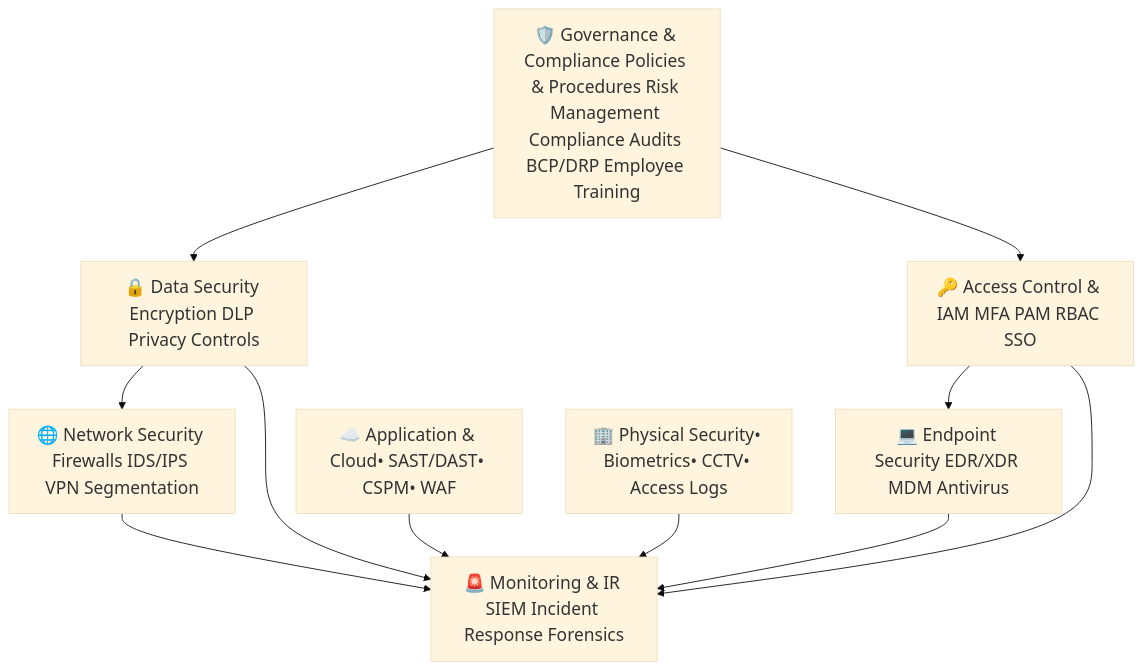
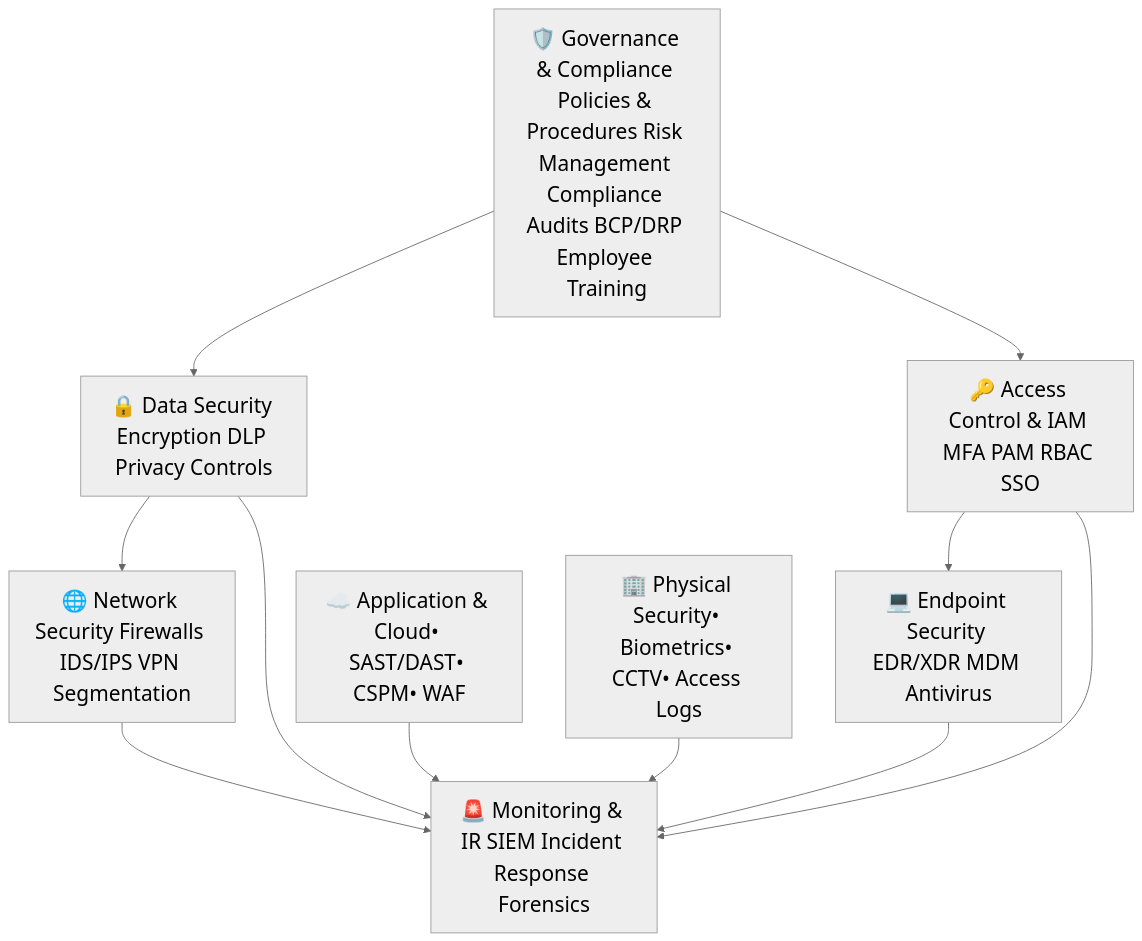
One commit to elGiordano/Entreprise-Security-Compliance changed the diagram in README.md. Above: the diagram before and after it, drawn with Mermaid.

````diff
--- a/README.md
+++ b/README.md
@@ -128,14 +128,14 @@
 ```mermaid
-%%{init: {'theme': 'base', 'themeVariables': { 'fontSize': '20px'}}}%%
+%%{init: {'theme': 'neutral', 'themeVariables': { 'fontSize': '24px', 'primaryColor': '#f0f0f0', 'edgeLabelBackground':'#ffffff'}}}%%
 flowchart TD
     A[🛡️ Governance & Compliance"" Policies & Procedures"" Risk Management"" Compliance Audits"" BCP/DRP"" Employee Training] --> B[🔒 Data Security"" Encryption"" DLP"" Privacy Controls]
     A --> C[🔑 Access Control & IAM"" MFA"" PAM"" RBAC"" SSO]
     B --> D[🌐 Network Security"" Firewalls"" IDS/IPS"" VPN"" Segmentation]
     C --> E[💻 Endpoint Security"" EDR/XDR"" MDM"" Antivirus]
     D --> F[🚨 Monitoring & IR"" SIEM"" Incident Response"" Forensics]
     E --> F
     B --> F
     C --> F
     G[☁️ Application & Cloud""• SAST/DAST""• CSPM""• WAF] --> F
     H[🏢 Physical Security""• Biometrics""• CCTV""• Access Logs] --> F
 ```
````
